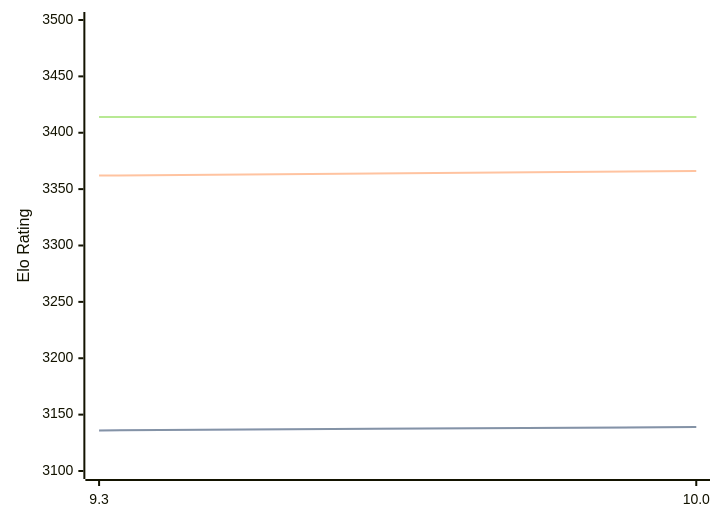
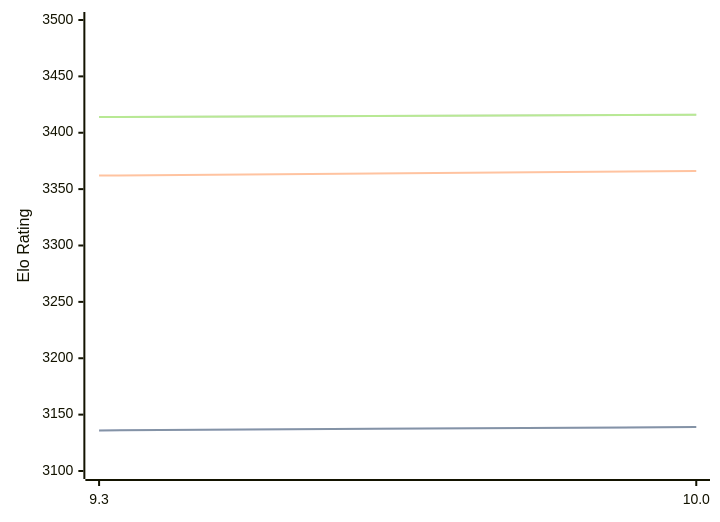
One commit to computer-chess-index/cci changed the first of 3 diagrams in engines/Fire.md. Above: the diagram before and after it, drawn with Mermaid. The commit also changed other lines of this file, not shown here.

Commit message:
Update CCI Ratings (ELO VLTC) - 2026-07-08

````diff
--- a/engines/Fire.md
+++ b/engines/Fire.md
@@ -47,11 +47,11 @@
 ```mermaid
 %%{init: {"theme":"base","themeVariables":{"seriesColors:['#a3a3a3','#222221','#faa371']}}}%%
 xychart-beta
   x-axis ["9.3", "10.0"]
   y-axis "Elo Rating" 3100 --> 3500
   line "STC (8.0+0.08s)" [3136, 3139]
   line "STC (8.0+0.08s)" [3136, 3139]
   line "LTC (60.0+0.60s)" [3362, 3366]
-  line "VLTC (2m24s+1.12s)" [3414, 3414]
-  line "VLTC (2m24s+1.12s)" [3414, 3414]
+  line "VLTC (2m24s+1.12s)" [3414, 3416]
+  line "VLTC (2m24s+1.12s)" [3414, 3416]
 ```
````
